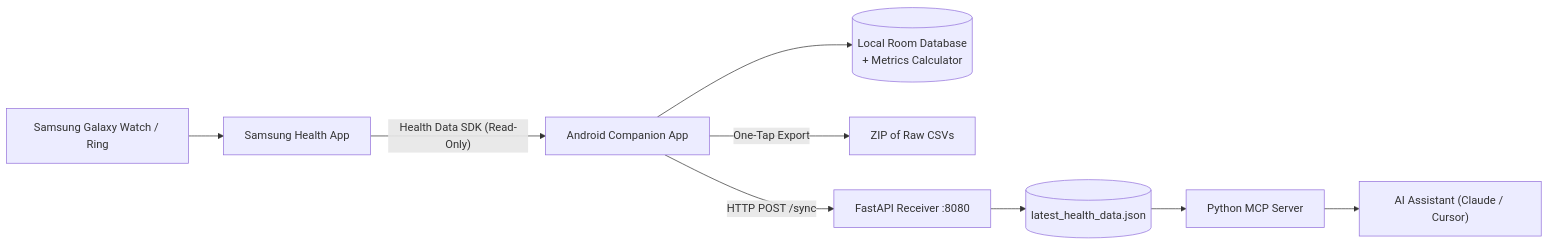
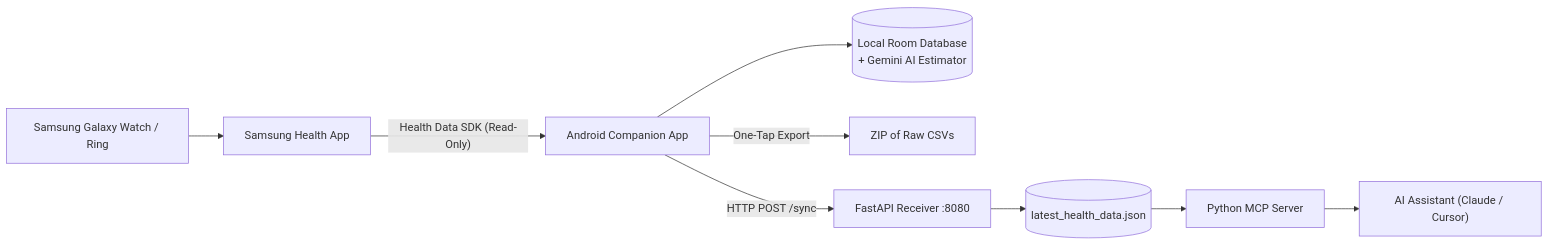
The diagram in README.md (himeshsahoo/samsung-health-companion), drawn with Mermaid before and after one commit. The commit also changed other lines of this file, not shown here.

Commit message:
Update README with Gemini AI Calorie Tracker, 7-Day Dashboard, and Date-Wise Food Diary features

````diff
--- a/README.md
+++ b/README.md
@@ -30,11 +28,11 @@
 ```mermaid
 flowchart LR
     A["Samsung Galaxy Watch / Ring"] --> B["Samsung Health App"]
     B -->|"Health Data SDK (Read-Only)"| C["Android Companion App"]
-    C --> D[("Local Room Database<br/>+ Metrics Calculator")]
+    C --> D[("Local Room Database<br/>+ Gemini AI Estimator")]
     C -->|"One-Tap Export"| E["ZIP of Raw CSVs"]
     C -->|"HTTP POST /sync"| F["FastAPI Receiver :8080"]
     F --> G[("latest_health_data.json")]
     G --> H["Python MCP Server"]
     H --> I["AI Assistant (Claude / Cursor)"]
 ```
````
